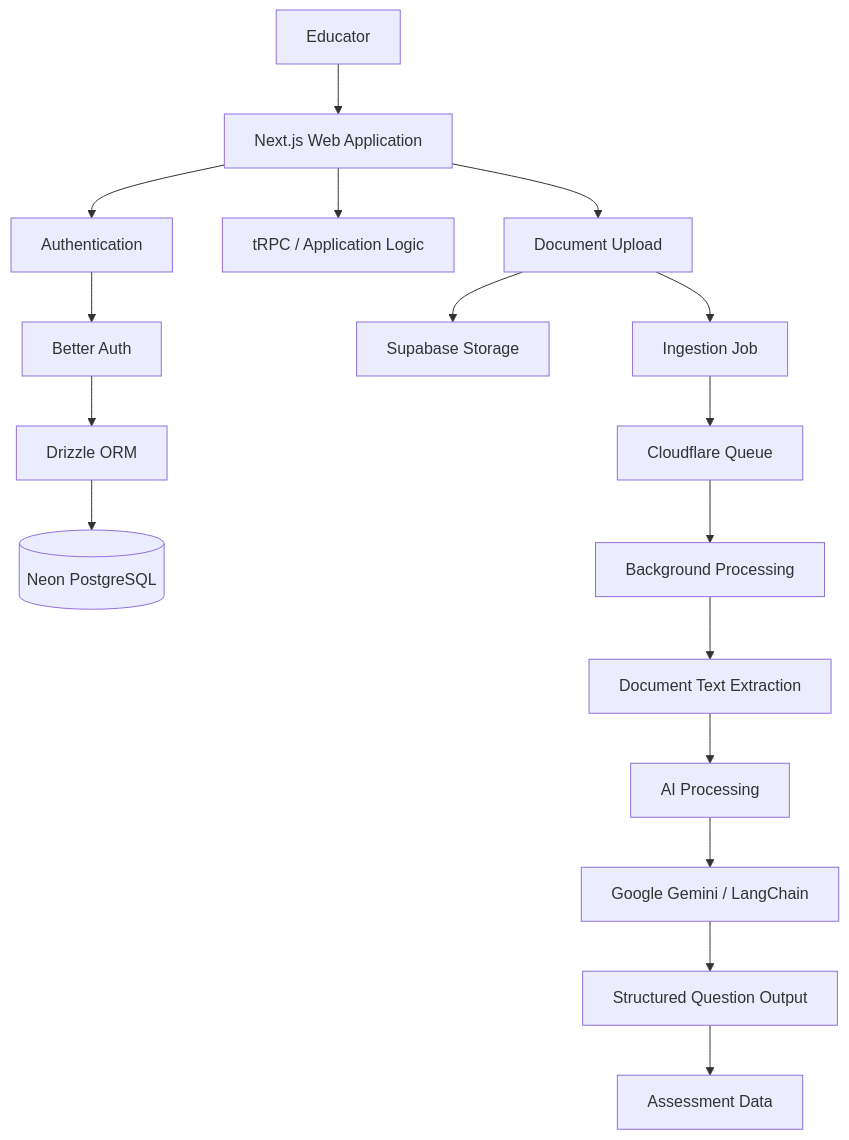
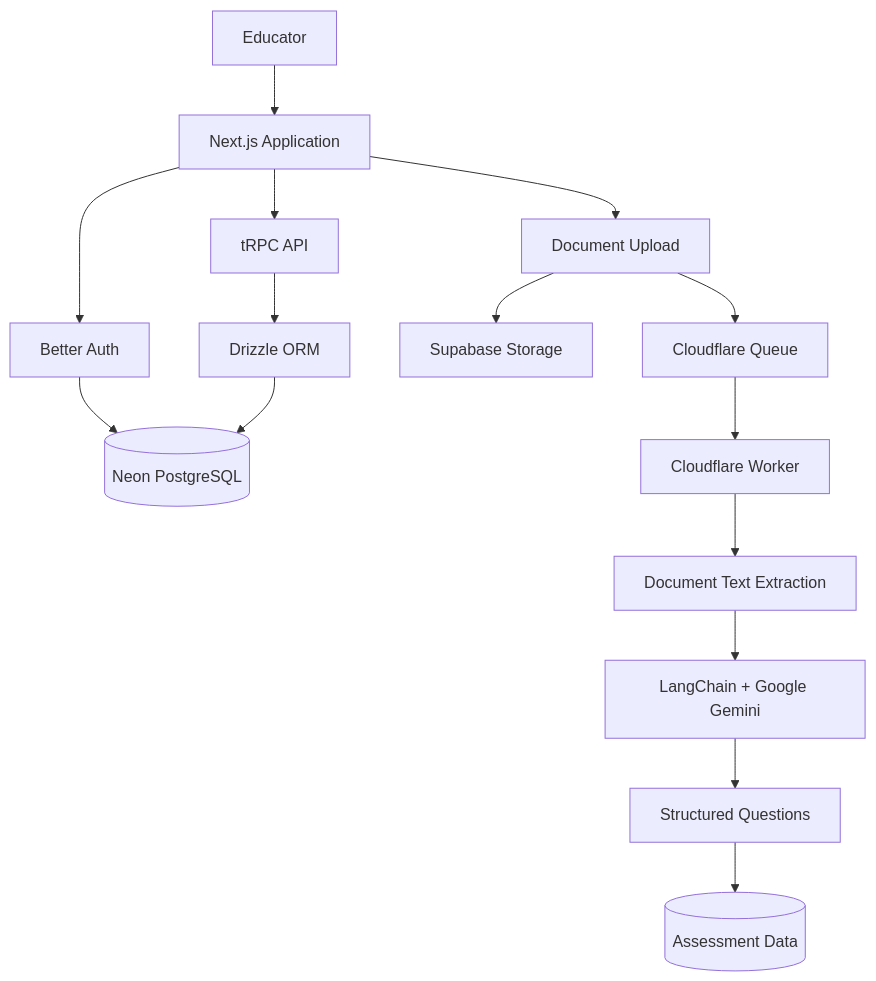
One commit to adarshshukla09-dev/ai-quizzer changed the diagram in README.md. Above: the diagram before and after it, drawn with Mermaid. The commit also changed 40 other files, not shown here.

````diff
--- a/README.md
+++ b/README.md
@@ -136,25 +136,21 @@
 ```mermaid
 flowchart TD
-    A[Educator] --> B[Next.js Web Application]
+    A["Educator"] --> B["Next.js Application"]
 
-    B --> C[Authentication]
-    B --> D[tRPC / Application Logic]
+    B --> C["Better Auth"]
+    B --> D["tRPC API"]
+    B --> E["Document Upload"]
 
-    C --> E[Better Auth]
-    E --> F[Drizzle ORM]
-    F --> G[(Neon PostgreSQL)]
+    C --> F[("Neon PostgreSQL")]
+    D --> G["Drizzle ORM"]
+    G --> F
 
-    B --> H[Document Upload]
-    H --> I[Supabase Storage]
-    H --> J[Ingestion Job]
+    E --> H["Supabase Storage"]
+    E --> I["Cloudflare Queue"]
 
-    J --> K[Cloudflare Queue]
-    K --> L[Background Processing]
-
-    L --> M[Document Text Extraction]
-    M --> N[AI Processing]
-
-    N --> O[Google Gemini / LangChain]
-    O --> P[Structured Question Output]
-    P --> Q[Assessment Data]
+    I --> J["Cloudflare Worker"]
+    J --> K["Document Text Extraction"]
+    K --> L["LangChain + Google Gemini"]
+    L --> M["Structured Questions"]
+    M --> N[("Assessment Data")]
 ```
````
